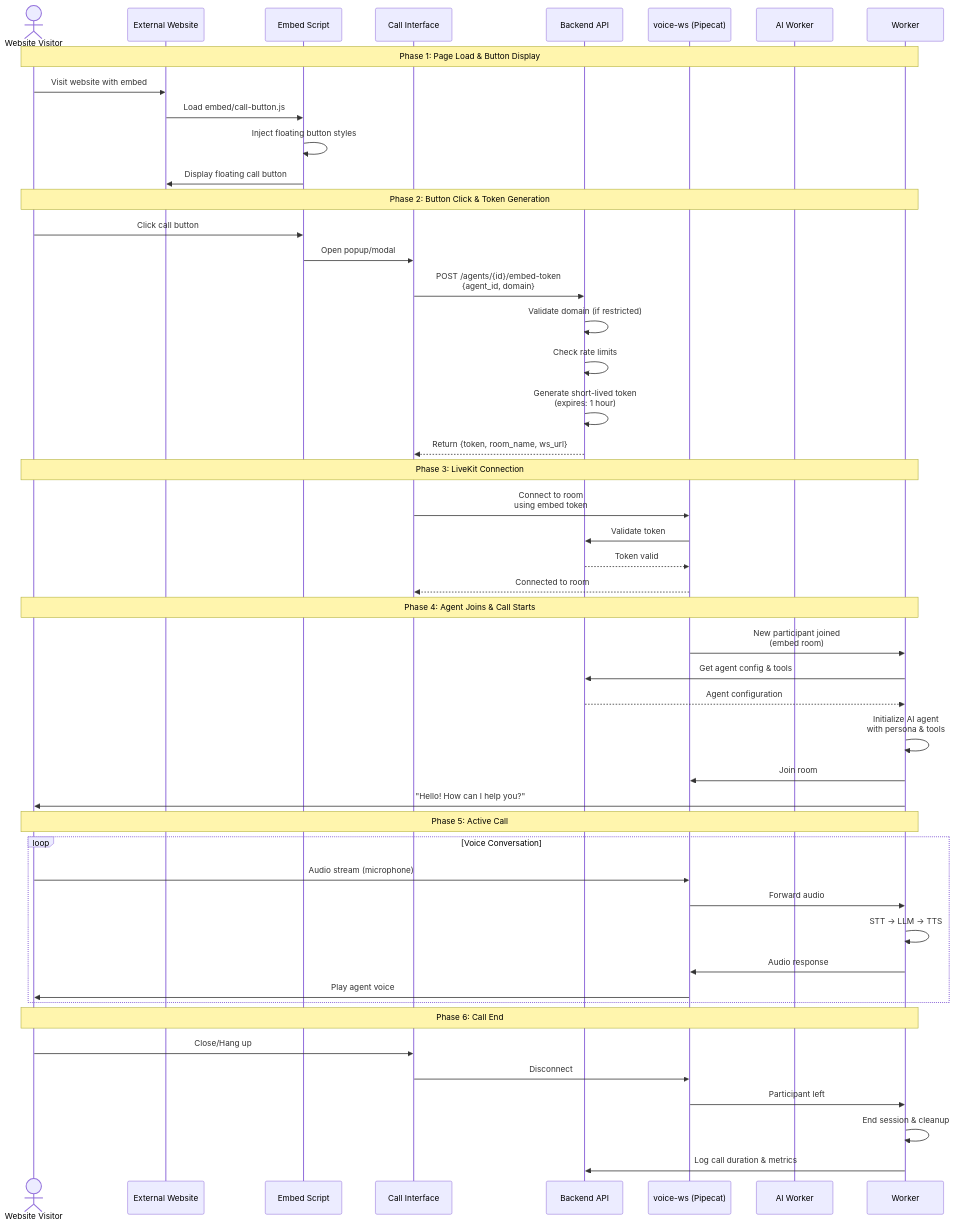
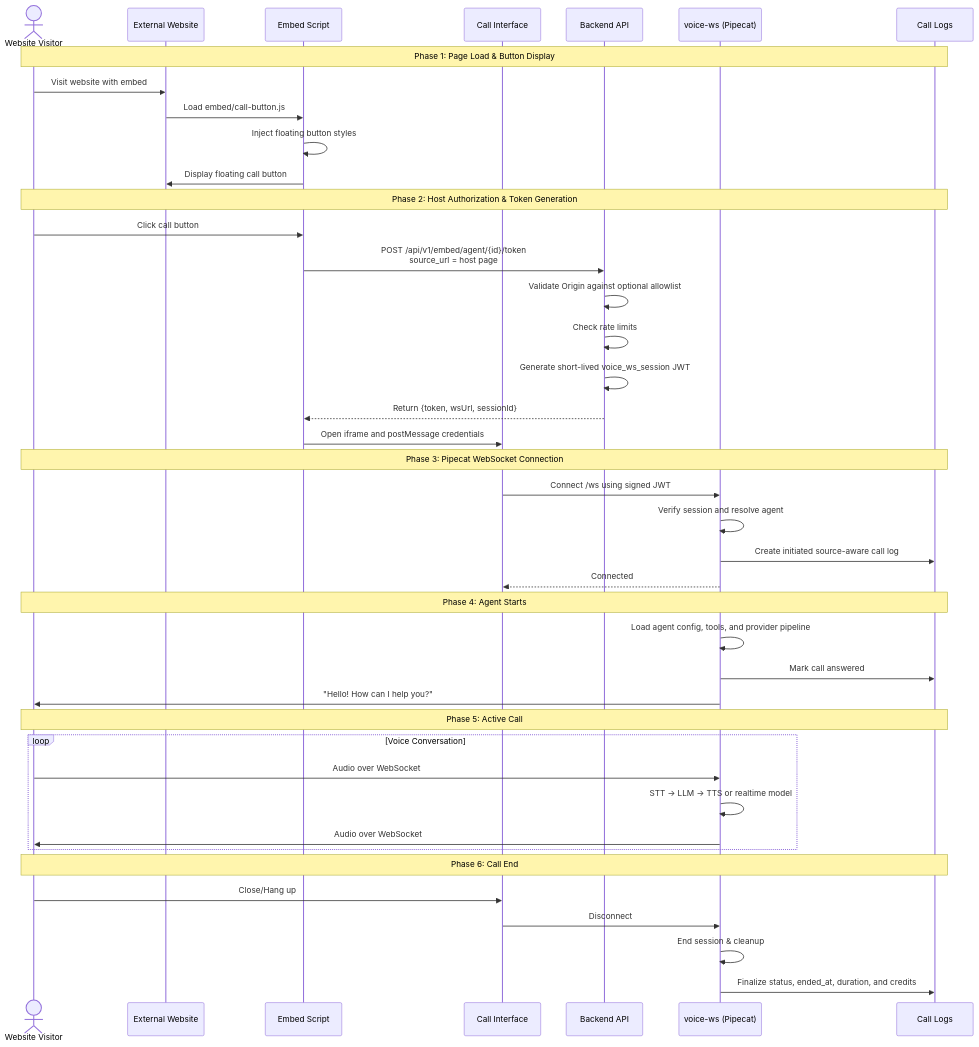
One commit to gauravdhiman/a1-voice-agent-platform changed the second of 3 diagrams in docs/03_implementation/EMBED_CALL_BUTTON_PLAN.md. Above: the diagram before and after it, drawn with Mermaid. The commit also changed other lines of this file and 46 other files, not shown here.

````diff
--- a/docs/03_implementation/EMBED_CALL_BUTTON_PLAN.md
+++ b/docs/03_implementation/EMBED_CALL_BUTTON_PLAN.md
@@ -295,61 +306,55 @@
 ```mermaid
 sequenceDiagram
     actor Visitor as Website Visitor
     participant Website as External Website
     participant EmbedScript as Embed Script
     participant CallPage as Call Interface
     participant API as Backend API
-    participant LiveKit as voice-ws (Pipecat)
-    participant voice-ws as AI Worker
+    participant VoiceWs as voice-ws (Pipecat)
+    participant Database as Call Logs
 
-    Note over Visitor,Worker: Phase 1: Page Load & Button Display
+    Note over Visitor,Database: Phase 1: Page Load & Button Display
     
     Visitor->>Website: Visit website with embed
     Website->>EmbedScript: Load embed/call-button.js
     EmbedScript->>EmbedScript: Inject floating button styles
     EmbedScript->>Website: Display floating call button
     
-    Note over Visitor,Worker: Phase 2: Button Click & Token Generation
+    Note over Visitor,Database: Phase 2: Host Authorization & Token Generation
     
     Visitor->>EmbedScript: Click call button
-    EmbedScript->>CallPage: Open popup/modal
-    CallPage->>API: POST /agents/{id}/embed-token<br/>{agent_id, domain}
-    API->>API: Validate domain (if restricted)
+    EmbedScript->>API: POST /api/v1/embed/agent/{id}/token<br/>source_url = host page
+    API->>API: Validate Origin against optional allowlist
     API->>API: Check rate limits
-    API->>API: Generate short-lived token<br/>(expires: 1 hour)
-    API-->>CallPage: Return {token, room_name, ws_url}
+    API->>API: Generate short-lived voice_ws_session JWT
+    API-->>EmbedScript: Return {token, wsUrl, sessionId}
+    EmbedScript->>CallPage: Open iframe and postMessage credentials
     
-    Note over Visitor,Worker: Phase 3: LiveKit Connection
+    Note over Visitor,Database: Phase 3: Pipecat WebSocket Connection
     
-    CallPage->>LiveKit: Connect to room<br/>using embed token
-    LiveKit->>API: Validate token
-    API-->>LiveKit: Token valid
-    LiveKit-->>CallPage: Connected to room
+    CallPage->>VoiceWs: Connect /ws using signed JWT
+    VoiceWs->>VoiceWs: Verify session and resolve agent
+    VoiceWs->>Database: Create initiated source-aware call log
+    VoiceWs-->>CallPage: Connected
     
-    Note over Visitor,Worker: Phase 4: Agent Joins & Call Starts
+    Note over Visitor,Database: Phase 4: Agent Starts
     
-    LiveKit->>Worker: New participant joined<br/>(embed room)
-    Worker->>API: Get agent config & tools
-    API-->>Worker: Agent configuration
-    Worker->>Worker: Initialize AI agent<br/>with persona & tools
-    Worker->>LiveKit: Join room
-    Worker->>Visitor: "Hello! How can I help you?"
+    VoiceWs->>VoiceWs: Load agent config, tools, and provider pipeline
+    VoiceWs->>Database: Mark call answered
+    VoiceWs->>Visitor: "Hello! How can I help you?"
     
-    Note over Visitor,Worker: Phase 5: Active Call
+    Note over Visitor,Database: Phase 5: Active Call
     
     loop Voice Conversation
-        Visitor->>LiveKit: Audio stream (microphone)
-        LiveKit->>Worker: Forward audio
-        Worker->>Worker: STT -> LLM -> TTS
-        Worker->>LiveKit: Audio response
-        LiveKit->>Visitor: Play agent voice
+        Visitor->>VoiceWs: Audio over WebSocket
+        VoiceWs->>VoiceWs: STT -> LLM -> TTS or realtime model
+        VoiceWs->>Visitor: Audio over WebSocket
     end
     
-    Note over Visitor,Worker: Phase 6: Call End
+    Note over Visitor,Database: Phase 6: Call End
     
     Visitor->>CallPage: Close/Hang up
-    CallPage->>LiveKit: Disconnect
-    LiveKit->>Worker: Participant left
-    Worker->>Worker: End session & cleanup
-    Worker->>API: Log call duration & metrics
+    CallPage->>VoiceWs: Disconnect
+    VoiceWs->>VoiceWs: End session & cleanup
+    VoiceWs->>Database: Finalize status, ended_at, duration, and credits
 ```
````
